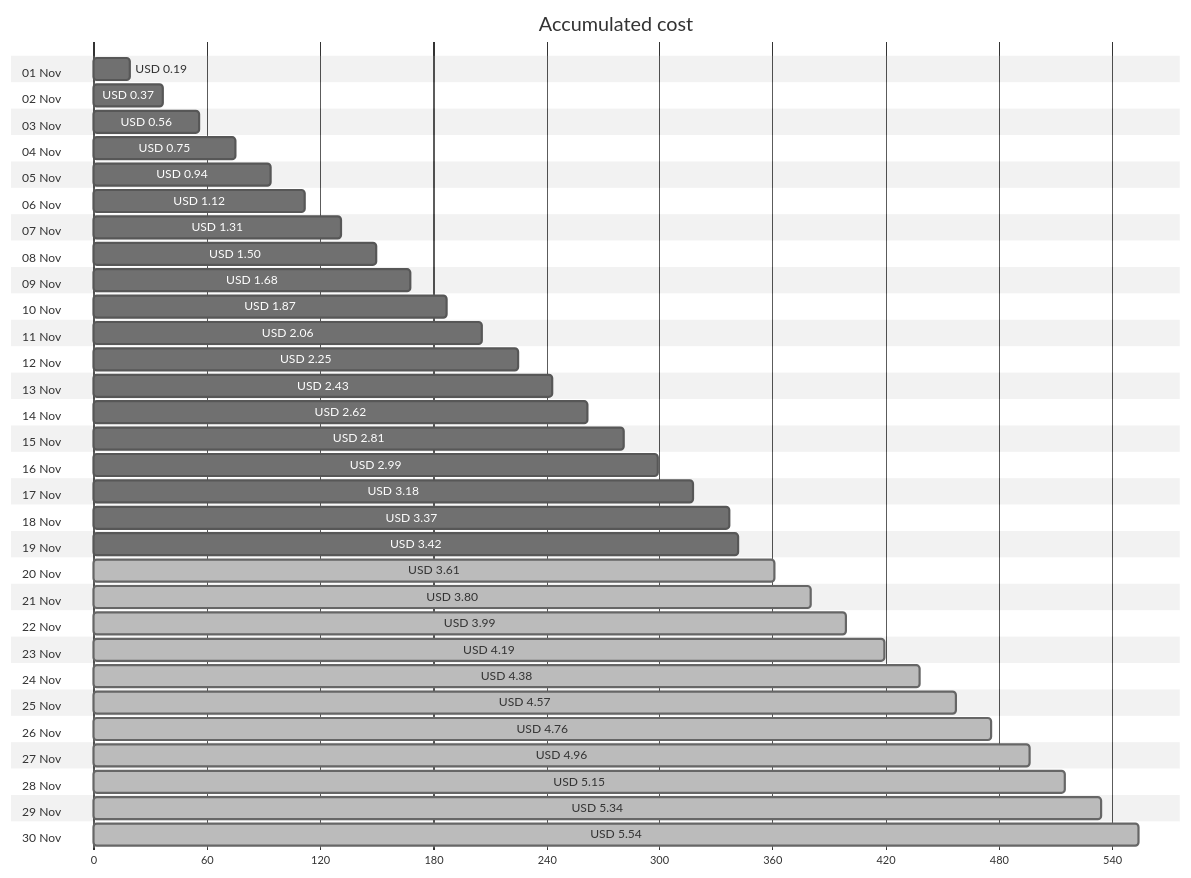
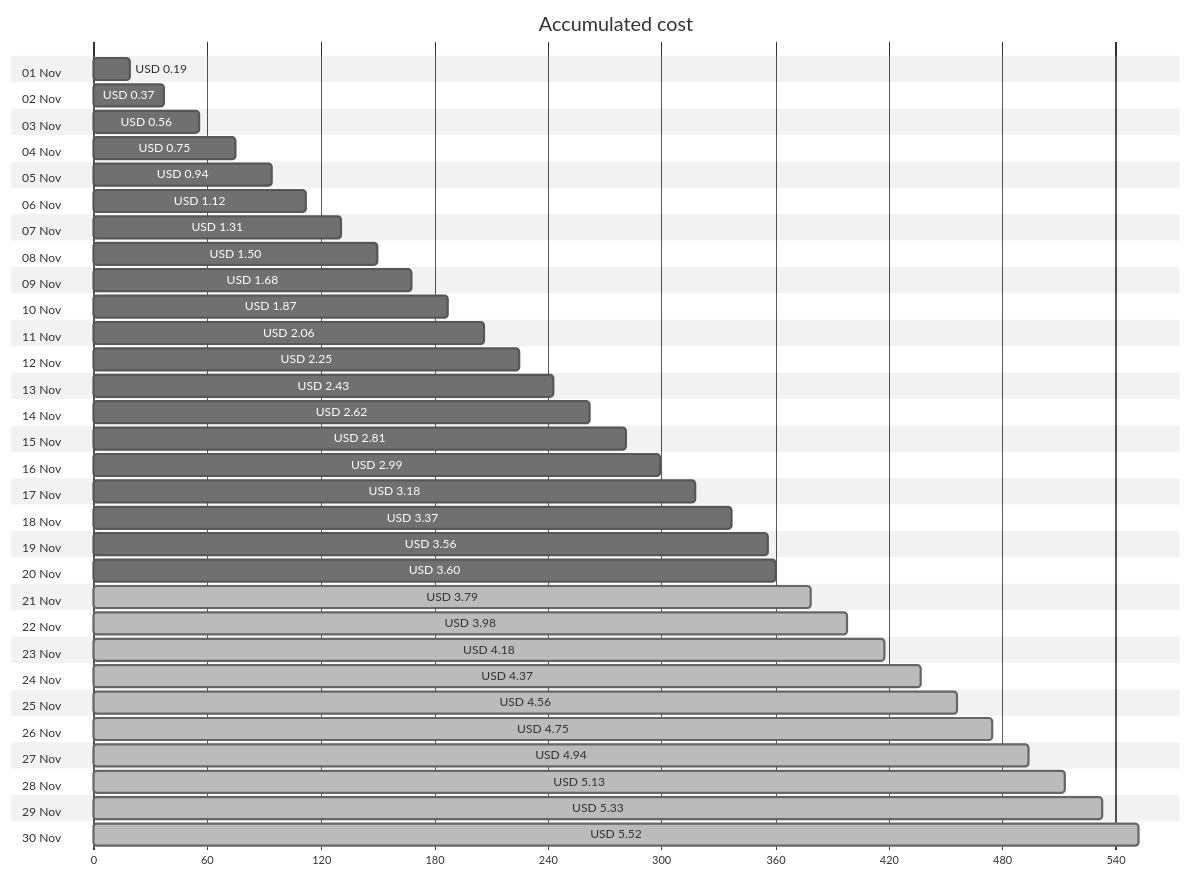
One commit to jpfulton/azure-personal-reports changed the first of 4 diagrams in cost-reports/personal-network/backup-server.md. Above: the diagram before and after it, drawn with Mermaid (neutral theme). The commit also changed other lines of this file and 8 other files, not shown here.

````diff
--- a/cost-reports/personal-network/backup-server.md
+++ b/cost-reports/personal-network/backup-server.md
@@ -20,66 +20,66 @@
 ```mermaid
 gantt
    title Accumulated cost
    dateFormat  X
    axisFormat %s
    section 01 Nov
    USD 0.19 :0, 19
    section 02 Nov
    USD 0.37 :0, 37
    section 03 Nov
    USD 0.56 :0, 56
    section 04 Nov
    USD 0.75 :0, 75
    section 05 Nov
    USD 0.94 :0, 94
    section 06 Nov
    USD 1.12 :0, 112
    section 07 Nov
    USD 1.31 :0, 131
    section 08 Nov
    USD 1.50 :0, 150
    section 09 Nov
    USD 1.68 :0, 168
    section 10 Nov
    USD 1.87 :0, 187
    section 11 Nov
    USD 2.06 :0, 206
    section 12 Nov
    USD 2.25 :0, 225
    section 13 Nov
    USD 2.43 :0, 243
    section 14 Nov
    USD 2.62 :0, 262
    section 15 Nov
    USD 2.81 :0, 281
    section 16 Nov
    USD 2.99 :0, 299
    section 17 Nov
    USD 3.18 :0, 318
    section 18 Nov
    USD 3.37 :0, 337
    section 19 Nov
-   USD 3.42 :0, 342
+   USD 3.56 :0, 356
    section 20 Nov
-   USD 3.61 : done, 0, 361
+   USD 3.60 :0, 360
    section 21 Nov
-   USD 3.80 : done, 0, 380
+   USD 3.79 : done, 0, 379
    section 22 Nov
-   USD 3.99 : done, 0, 399
+   USD 3.98 : done, 0, 398
    section 23 Nov
-   USD 4.19 : done, 0, 419
+   USD 4.18 : done, 0, 418
    section 24 Nov
-   USD 4.38 : done, 0, 438
+   USD 4.37 : done, 0, 437
    section 25 Nov
-   USD 4.57 : done, 0, 457
+   USD 4.56 : done, 0, 456
    section 26 Nov
-   USD 4.76 : done, 0, 476
+   USD 4.75 : done, 0, 475
    section 27 Nov
-   USD 4.96 : done, 0, 496
+   USD 4.94 : done, 0, 494
    section 28 Nov
-   USD 5.15 : done, 0, 515
+   USD 5.13 : done, 0, 513
    section 29 Nov
-   USD 5.34 : done, 0, 534
+   USD 5.33 : done, 0, 533
    section 30 Nov
-   USD 5.54 : done, 0, 554
+   USD 5.52 : done, 0, 552
 ```
````
